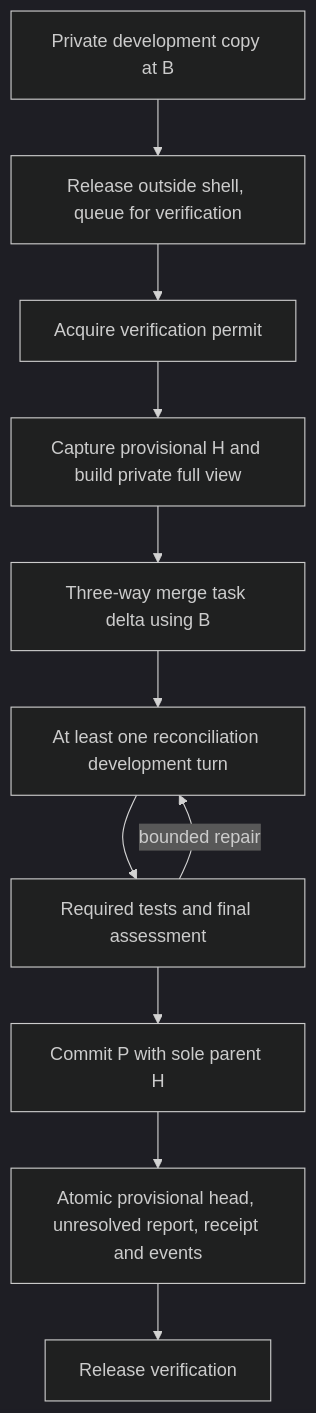
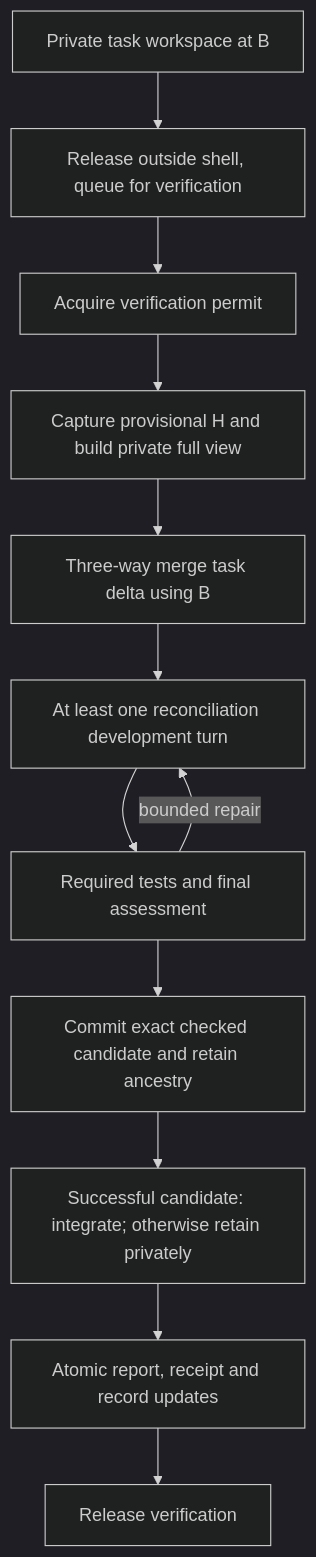
Before and after one commit to demonking-mw/polyinference: the second of 2 diagrams in design-docs/simplified-os/README.md, drawn with Mermaid (dark theme). The commit also changed other lines of this file and 189 other files, not shown here.

````diff
--- a/design-docs/simplified-os/README.md
+++ b/design-docs/simplified-os/README.md
@@ -174,13 +310,14 @@
 ```mermaid
 flowchart TD
-    D[Private development copy at B] --> Q[Release outside shell, queue for verification]
+    D[Private task workspace at B] --> Q[Release outside shell, queue for verification]
     Q --> G[Acquire verification permit]
     G --> H[Capture provisional H and build private full view]
     H --> M[Three-way merge task delta using B]
     M --> R[At least one reconciliation development turn]
     R --> T[Required tests and final assessment]
     T -->|bounded repair| R
-    T --> P[Commit P with sole parent H]
-    P --> C[Atomic provisional head, unresolved report, receipt and events]
-    C --> U[Release verification]
+    T --> P[Commit exact checked candidate and retain ancestry]
+    P --> C[Successful candidate: integrate; otherwise retain privately]
+    C --> J[Atomic report, receipt and record updates]
+    J --> U[Release verification]
 ```
````
